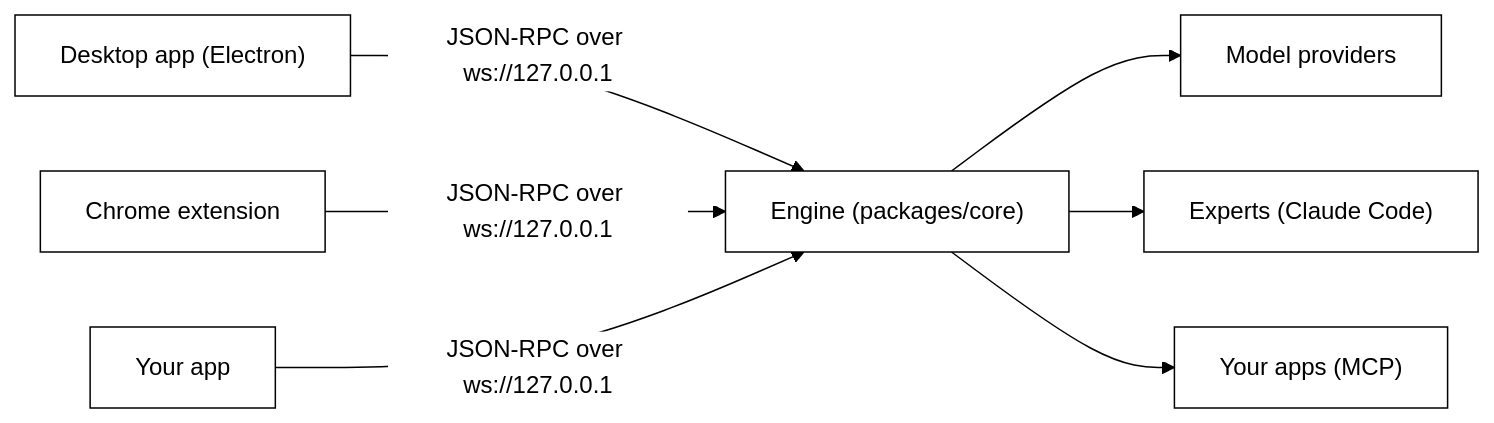
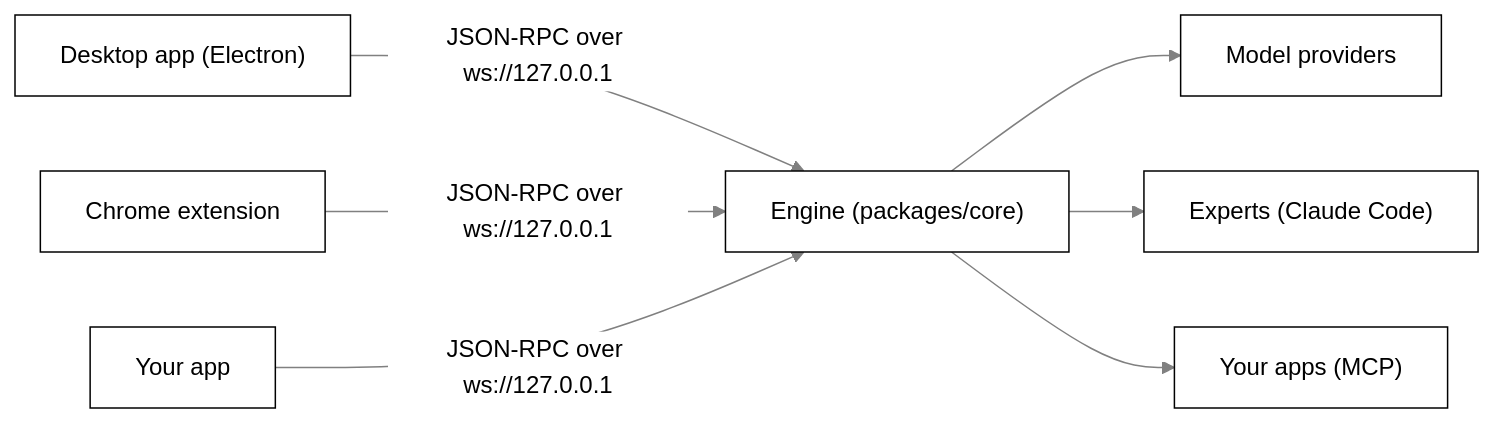
Before and after one commit to nadeem4/tagalong: the diagram in README.md, drawn with Mermaid. The commit also changed other lines of this file and 3 other files, not shown here.

````diff
--- a/README.md
+++ b/README.md
@@ -69,10 +69,10 @@
 ```mermaid
-%%{init: {"theme": "base", "themeVariables": {"primaryColor": "#ffffff", "primaryTextColor": "#000000", "primaryBorderColor": "#000000", "lineColor": "#000000", "secondaryColor": "#ffffff", "tertiaryColor": "#ffffff", "background": "#ffffff"}}}%%
+%%{init: {"theme": "base", "themeVariables": {"primaryColor": "#ffffff", "primaryTextColor": "#000000", "primaryBorderColor": "#000000", "lineColor": "#808080", "secondaryColor": "#f2f2f2", "tertiaryColor": "#ffffff", "clusterBkg": "#f7f7f7", "clusterBorder": "#808080", "edgeLabelBackground": "#ffffff", "titleColor": "#808080", "fontFamily": "Segoe UI, Helvetica, Arial, sans-serif"}}}%%
 flowchart LR
   desktop["Desktop app (Electron)"] -->|"JSON-RPC over ws://127.0.0.1"| engine["Engine (packages/core)"]
   extension["Chrome extension"] -->|"JSON-RPC over ws://127.0.0.1"| engine
   yours["Your app"] -->|"JSON-RPC over ws://127.0.0.1"| engine
   engine --> models["Model providers"]
   engine --> experts["Experts (Claude Code)"]
   engine --> apps["Your apps (MCP)"]
 ```
````
